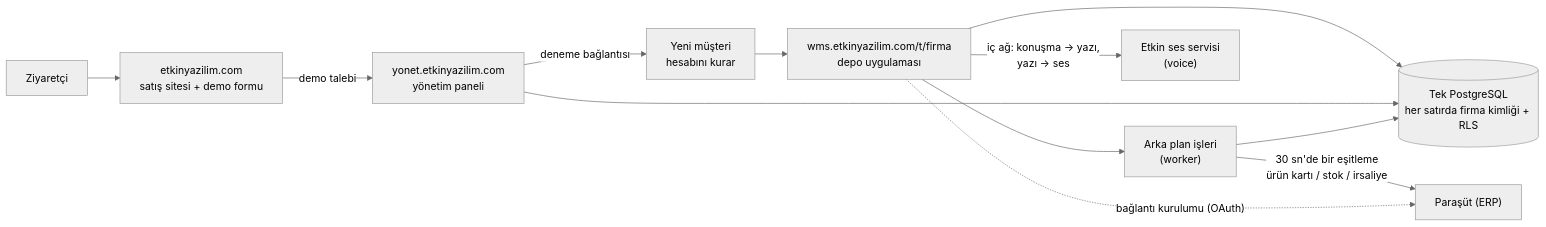
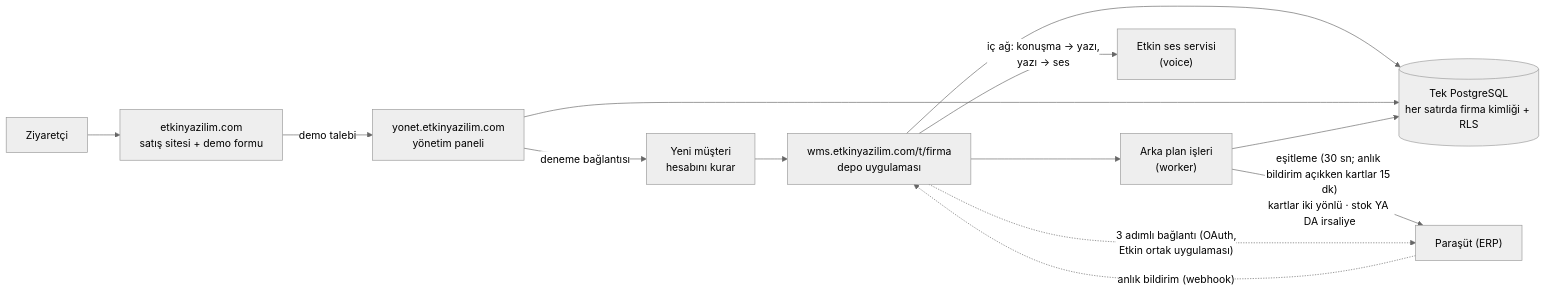
The diagram in docs/fonksiyonel-mimari/README.md (shosgoren/EtkinWMS), drawn with Mermaid (neutral theme) before and after one commit. The commit also changed other lines of this file and 9 other files, not shown here.

````diff
--- a/docs/fonksiyonel-mimari/README.md
+++ b/docs/fonksiyonel-mimari/README.md
@@ -35,14 +35,15 @@
 ```mermaid
 flowchart LR
   Z["Ziyaretçi"] --> S["etkinyazilim.com<br/>satış sitesi + demo formu"]
   S -->|demo talebi| P["yonet.etkinyazilim.com<br/>yönetim paneli"]
   P -->|deneme bağlantısı| A["Yeni müşteri<br/>hesabını kurar"]
   A --> W["wms.etkinyazilim.com/t/firma<br/>depo uygulaması"]
   W --> DB[("Tek PostgreSQL<br/>her satırda firma kimliği + RLS")]
   P --> DB
   W --> WK["Arka plan işleri<br/>(worker)"]
   WK --> DB
-  WK -->|"30 sn'de bir eşitleme<br/>ürün kartı / stok / irsaliye"| ERP["Paraşüt (ERP)"]
-  W -.->|"bağlantı kurulumu (OAuth)"| ERP
+  WK -->|"eşitleme (30 sn; anlık bildirim açıkken kartlar 15 dk)<br/>kartlar iki yönlü · stok YA DA irsaliye"| ERP["Paraşüt (ERP)"]
+  W -.->|"3 adımlı bağlantı (OAuth,<br/>Etkin ortak uygulaması)"| ERP
+  ERP -.->|"anlık bildirim (webhook)"| W
   W -->|"iç ağ: konuşma → yazı,<br/>yazı → ses"| V["Etkin ses servisi<br/>(voice)"]
 ```
````
